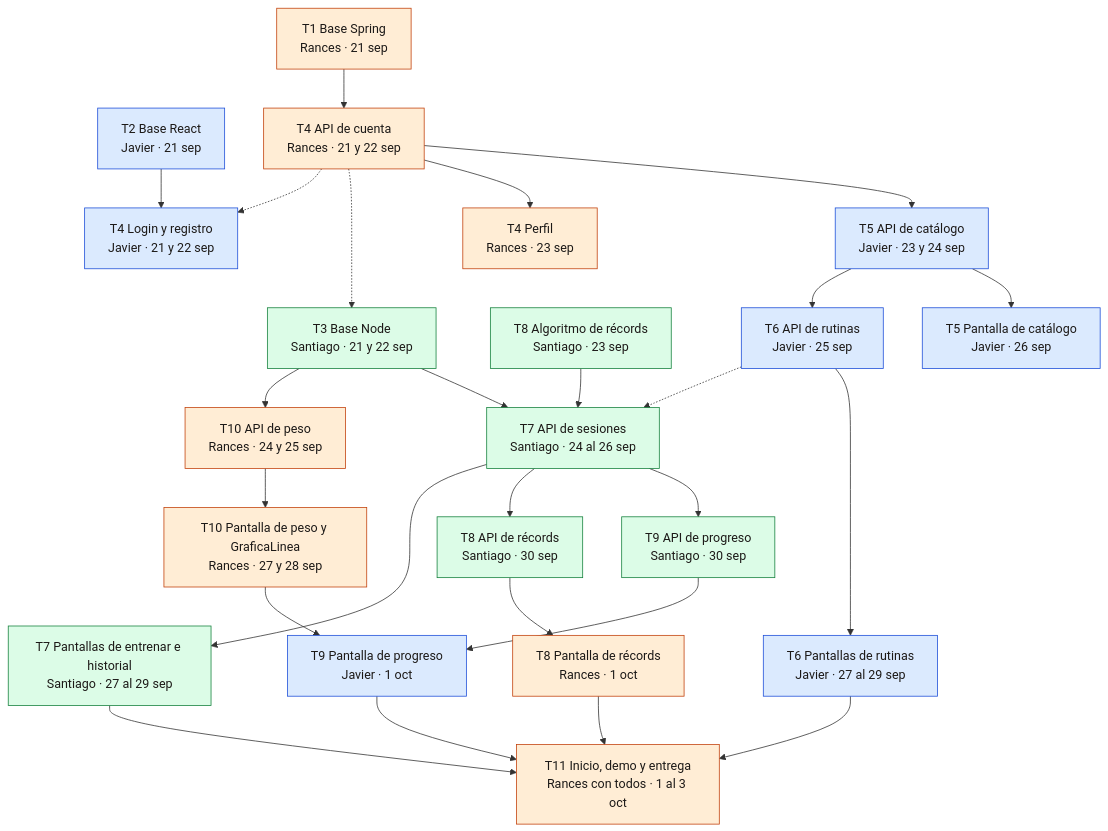
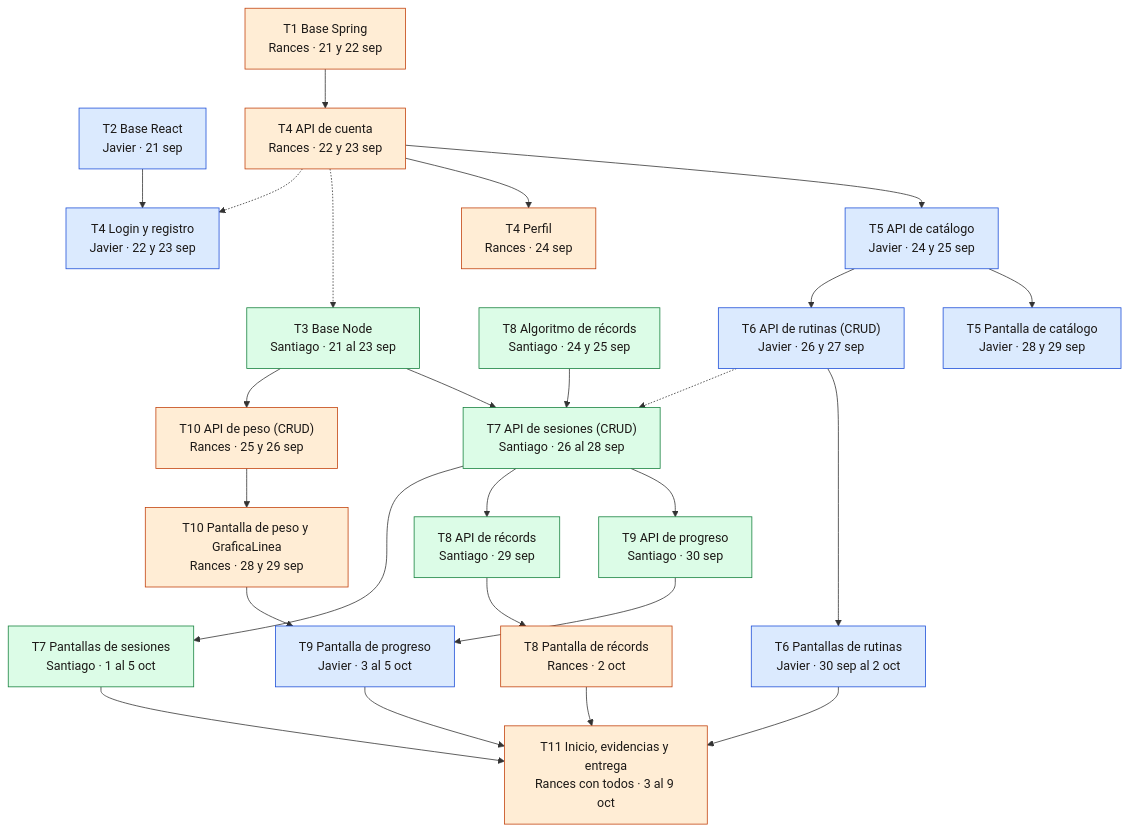
The second of 2 diagrams in PLAN-DE-TRABAJO.md (rancesra/gymrutine), drawn with Mermaid before and after one commit. The commit also changed other lines of this file and 17 other files, not shown here.

Commit message:
Ajusta la documentación a las entregas del curso: Jira, un CRUD por integrante y evidencias

````diff
--- a/PLAN-DE-TRABAJO.md
+++ b/PLAN-DE-TRABAJO.md
@@ -144,55 +175,55 @@
 ```mermaid
 flowchart TB
-    T1["T1 Base Spring<br/>Rances · 21 sep"]
+    T1["T1 Base Spring<br/>Rances · 21 y 22 sep"]
     T2["T2 Base React<br/>Javier · 21 sep"]
-    T4A["T4 API de cuenta<br/>Rances · 21 y 22 sep"]
-    T4P["T4 Login y registro<br/>Javier · 21 y 22 sep"]
-    T3["T3 Base Node<br/>Santiago · 21 y 22 sep"]
-    T4F["T4 Perfil<br/>Rances · 23 sep"]
-    T5A["T5 API de catálogo<br/>Javier · 23 y 24 sep"]
-    T8L["T8 Algoritmo de récords<br/>Santiago · 23 sep"]
-    T10A["T10 API de peso<br/>Rances · 24 y 25 sep"]
-    T6A["T6 API de rutinas<br/>Javier · 25 sep"]
-    T5P["T5 Pantalla de catálogo<br/>Javier · 26 sep"]
-    T7A["T7 API de sesiones<br/>Santiago · 24 al 26 sep"]
-    T10P["T10 Pantalla de peso y GraficaLinea<br/>Rances · 27 y 28 sep"]
-    T6P["T6 Pantallas de rutinas<br/>Javier · 27 al 29 sep"]
-    T7P["T7 Pantallas de entrenar e historial<br/>Santiago · 27 al 29 sep"]
-    T8A["T8 API de récords<br/>Santiago · 30 sep"]
+    T4A["T4 API de cuenta<br/>Rances · 22 y 23 sep"]
+    T4P["T4 Login y registro<br/>Javier · 22 y 23 sep"]
+    T3["T3 Base Node<br/>Santiago · 21 al 23 sep"]
+    T4F["T4 Perfil<br/>Rances · 24 sep"]
+    T5A["T5 API de catálogo<br/>Javier · 24 y 25 sep"]
+    T8L["T8 Algoritmo de récords<br/>Santiago · 24 y 25 sep"]
+    T10A["T10 API de peso (CRUD)<br/>Rances · 25 y 26 sep"]
+    T6A["T6 API de rutinas (CRUD)<br/>Javier · 26 y 27 sep"]
+    T5P["T5 Pantalla de catálogo<br/>Javier · 28 y 29 sep"]
+    T7A["T7 API de sesiones (CRUD)<br/>Santiago · 26 al 28 sep"]
+    T10P["T10 Pantalla de peso y GraficaLinea<br/>Rances · 28 y 29 sep"]
+    T6P["T6 Pantallas de rutinas<br/>Javier · 30 sep al 2 oct"]
+    T7P["T7 Pantallas de sesiones<br/>Santiago · 1 al 5 oct"]
+    T8A["T8 API de récords<br/>Santiago · 29 sep"]
     T9A["T9 API de progreso<br/>Santiago · 30 sep"]
-    T8P["T8 Pantalla de récords<br/>Rances · 1 oct"]
-    T9P["T9 Pantalla de progreso<br/>Javier · 1 oct"]
-    T11["T11 Inicio, demo y entrega<br/>Rances con todos · 1 al 3 oct"]
+    T8P["T8 Pantalla de récords<br/>Rances · 2 oct"]
+    T9P["T9 Pantalla de progreso<br/>Javier · 3 al 5 oct"]
+    T11["T11 Inicio, evidencias y entrega<br/>Rances con todos · 3 al 9 oct"]
 
     T1 --> T4A
     T2 --> T4P
     T4A -.-> T4P
     T4A -.-> T3
     T4A --> T4F
     T4A --> T5A
     T3 --> T10A
     T3 --> T7A
     T5A --> T6A
     T5A --> T5P
     T8L --> T7A
     T6A -.-> T7A
     T10A --> T10P
     T6A --> T6P
     T7A --> T7P
     T7A --> T8A
     T7A --> T9A
     T8A --> T8P
     T9A --> T9P
     T10P --> T9P
     T6P --> T11
     T7P --> T11
     T8P --> T11
     T9P --> T11
 
     classDef rances fill:#ffedd5,stroke:#c2410c,color:#1c1917
     classDef javier fill:#dbeafe,stroke:#1d4ed8,color:#1c1917
     classDef santiago fill:#dcfce7,stroke:#15803d,color:#1c1917
     class T1,T4A,T4F,T10A,T10P,T8P,T11 rances
     class T2,T4P,T5A,T6A,T5P,T6P,T9P javier
     class T3,T8L,T7A,T7P,T8A,T9A santiago
 ```
````
